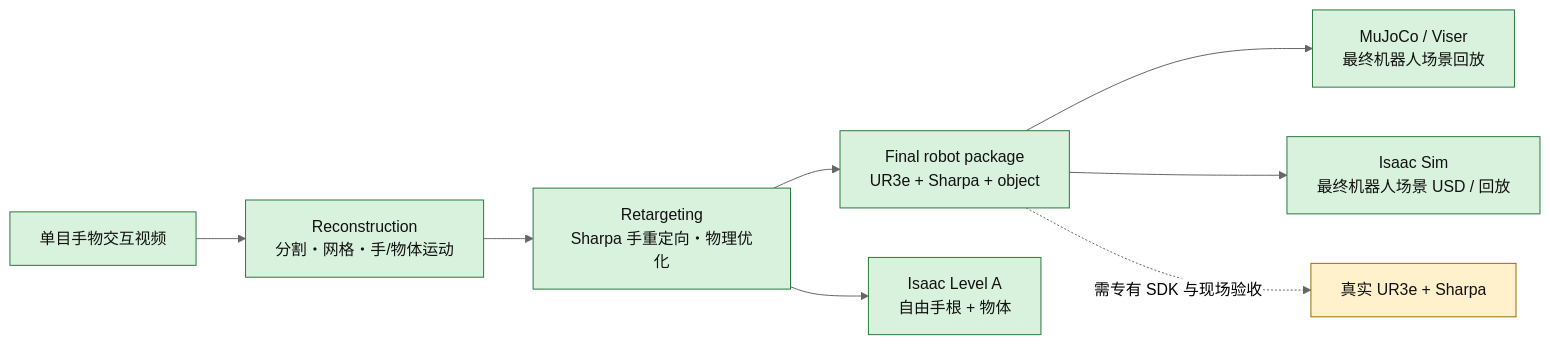
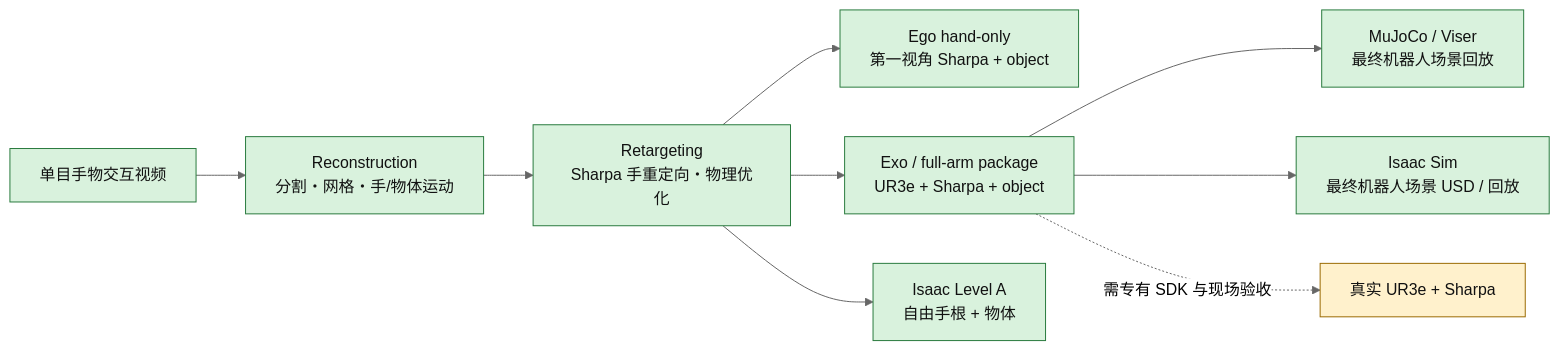
Before and after one commit to mengjq-research-projects/do-as-i-do: the diagram in PROJECT_STRUCTURE_AND_WORKFLOW.md, drawn with Mermaid (neutral theme). The commit also changed other lines of this file and 17 other files, not shown here.

````diff
--- a/PROJECT_STRUCTURE_AND_WORKFLOW.md
+++ b/PROJECT_STRUCTURE_AND_WORKFLOW.md
@@ -3,15 +3,16 @@
 ```mermaid
 flowchart LR
     V[单目手物交互视频] --> R[Reconstruction\n分割・网格・手/物体运动]
     R --> T[Retargeting\nSharpa 手重定向・物理优化]
-    T --> P[Final robot package\nUR3e + Sharpa + object]
+    T --> E[Ego hand-only\n第一视角 Sharpa + object]
+    T --> P[Exo / full-arm package\nUR3e + Sharpa + object]
     T --> A[Isaac Level A\n自由手根 + 物体]
     P --> M[MuJoCo / Viser\n最终机器人场景回放]
     P --> I[Isaac Sim\n最终机器人场景 USD / 回放]
     P -.需专有 SDK 与现场验收.-> H[真实 UR3e + Sharpa]
 
     classDef done fill:#d9f2dd,stroke:#287a3d,color:#111;
     classDef optional fill:#fff1cc,stroke:#9a6a00,color:#111;
-    class V,R,T,P,M,A,I done;
+    class V,R,T,E,P,M,A,I done;
     class H optional;
 ```
````
